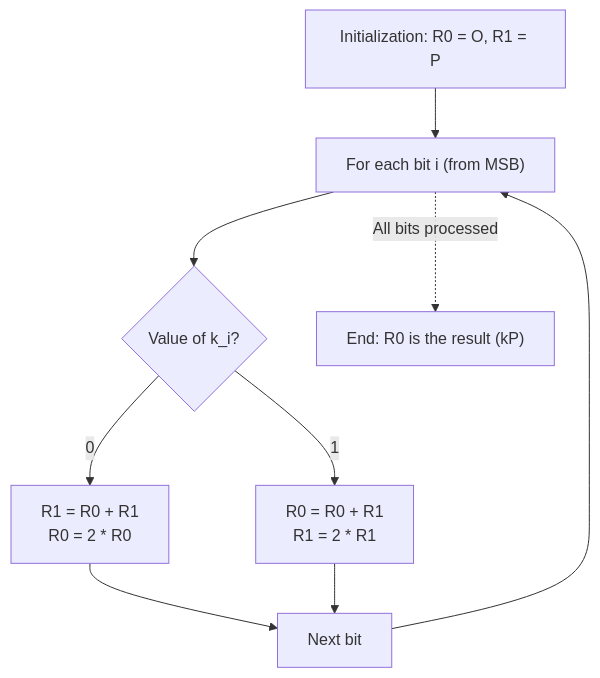
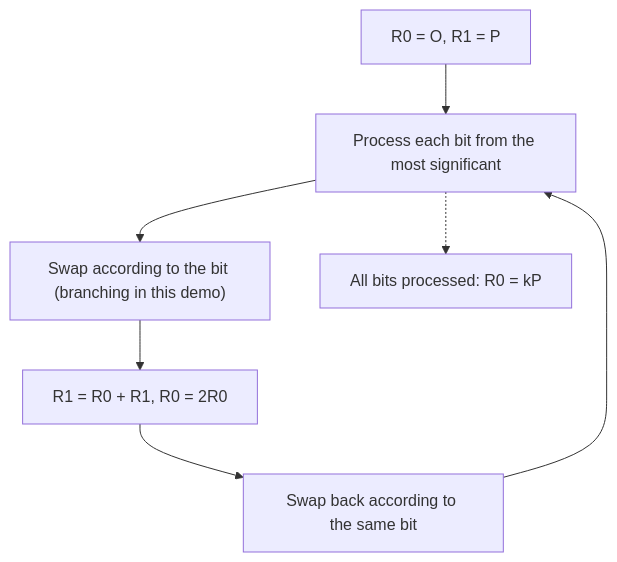
The second of 3 diagrams in content/post/楕円曲線暗号の数学的基礎とcppでの実装/index.en.md (kenjinote/blog), drawn with Mermaid before and after one commit. The commit also changed other lines of this file and 8 other files, not shown here.

````diff
--- a/content/post/楕円曲線暗号の数学的基礎とcppでの実装/index.en.md
+++ b/content/post/楕円曲線暗号の数学的基礎とcppでの実装/index.en.md
@@ -253,14 +106,9 @@
 ```mermaid
 graph TD
-    Start["Initialization: R0 = O, R1 = P"] --> LoopStart["For each bit i (from MSB)"]
-    LoopStart --> Cond{"Value of k_i?"}
-    
-    Cond -->|"0"| Branch0["R1 = R0 + R1<br>R0 = 2 * R0"]
-    Cond -->|"1"| Branch1["R0 = R0 + R1<br>R1 = 2 * R1"]
-    
-    Branch0 --> LoopEnd["Next bit"]
-    Branch1 --> LoopEnd
-    
-    LoopEnd --> LoopStart
-    LoopStart -.->|"All bits processed"| End["End: R0 is the result (kP)"]
+    A["R0 = O, R1 = P"] --> B["Process each bit from the most significant"]
+    B --> C["Swap according to the bit (branching in this demo)"]
+    C --> D["R1 = R0 + R1, R0 = 2R0"]
+    D --> E["Swap back according to the same bit"]
+    E --> B
+    B -.-> F["All bits processed: R0 = kP"]
 ```
````
